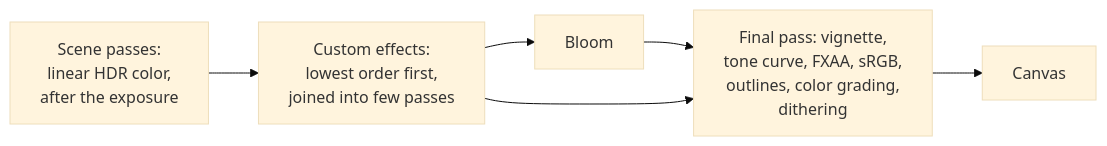
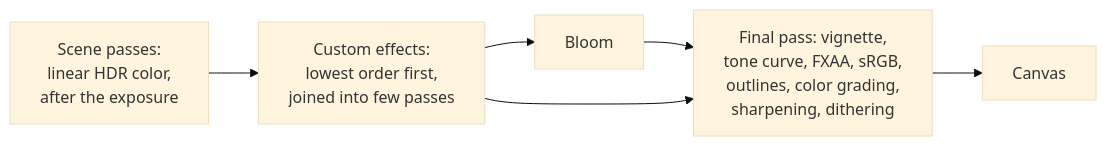
One commit to null3d-engine/null3d changed the diagram in docs/porting/threejs-postprocessing.md. Above: the diagram before and after it, drawn with Mermaid (base theme). The commit also changed other lines of this file and 37 other files, not shown here.

````diff
--- a/docs/porting/threejs-postprocessing.md
+++ b/docs/porting/threejs-postprocessing.md
@@ -15,8 +15,8 @@
 ```mermaid
 flowchart LR
     scene["Scene passes:<br/>linear HDR color,<br/>after the exposure"] --> effects["Custom effects:<br/>lowest order first,<br/>joined into few passes"]
     effects --> bloom["Bloom"]
-    bloom --> final["Final pass: vignette,<br/>tone curve, FXAA, sRGB,<br/>outlines, color grading,<br/>dithering"]
+    bloom --> final["Final pass: vignette,<br/>tone curve, FXAA, sRGB,<br/>outlines, color grading,<br/>sharpening, dithering"]
     effects --> final
     final --> canvas["Canvas"]
 ```
````
